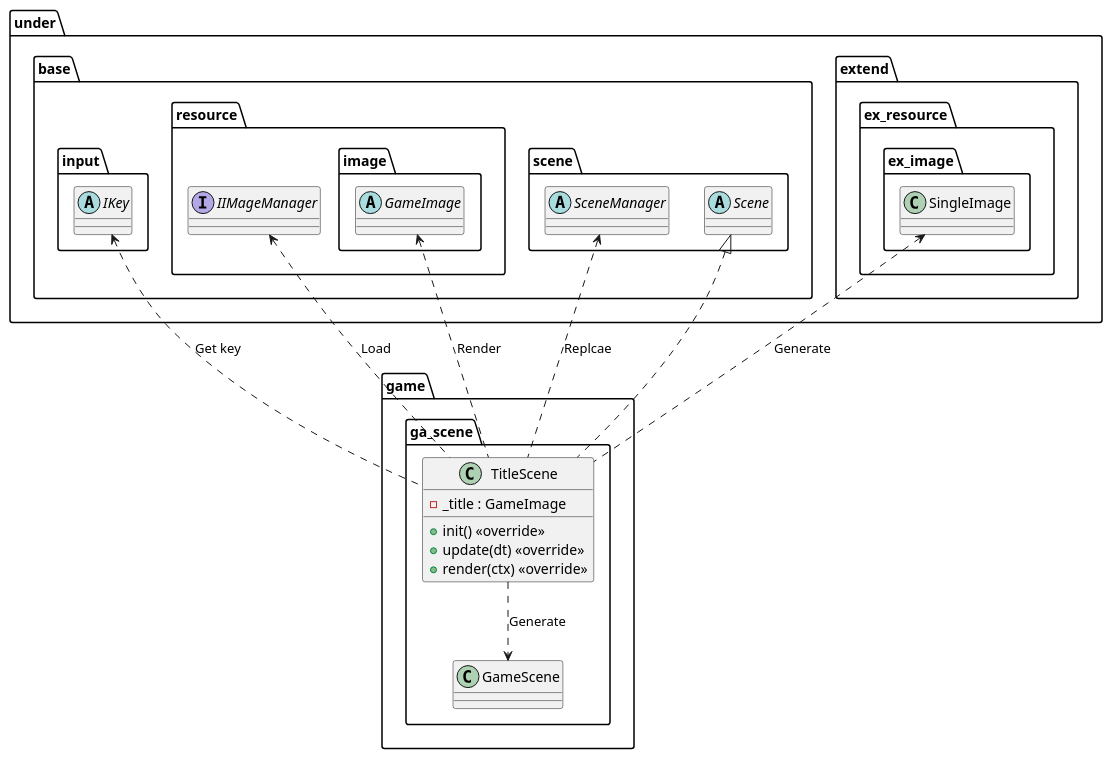
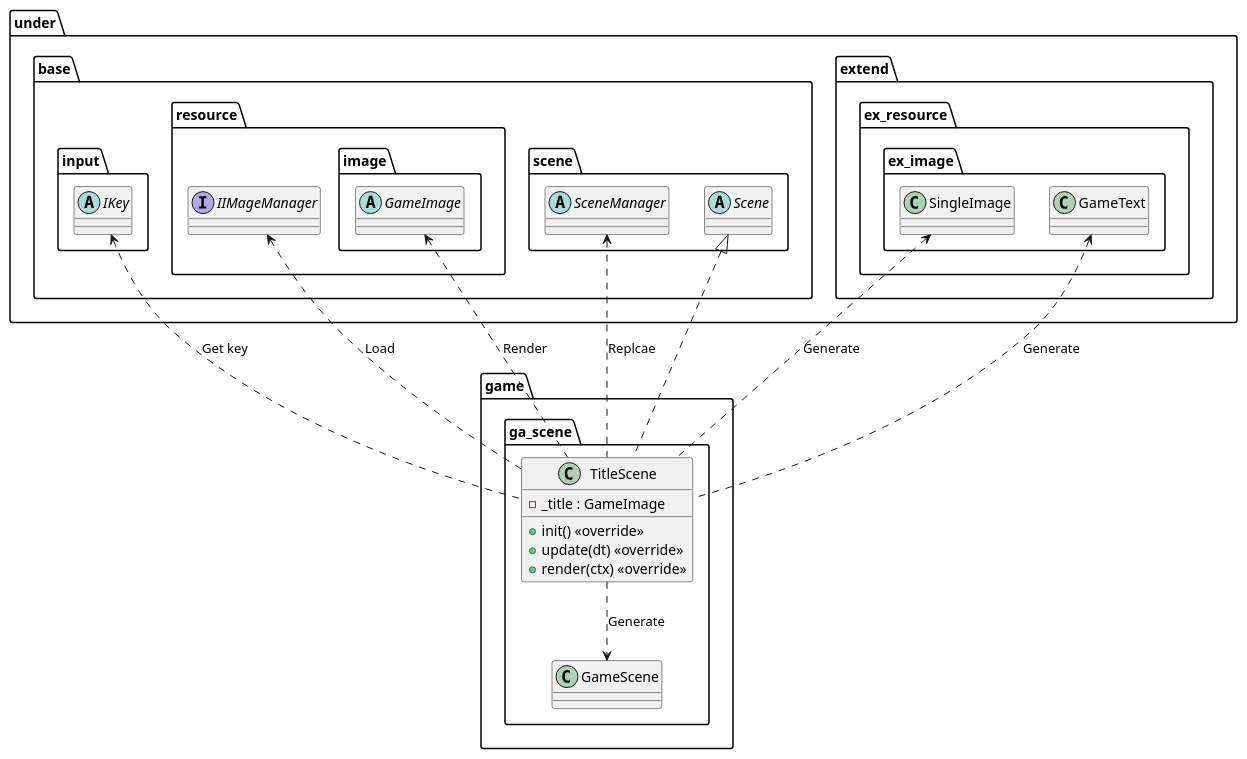
One commit to Expine/Under changed the diagram in uml/scene/Title.wsd. Above: the diagram before and after it, drawn with PlantUML. The commit also changed 12 other files, not shown here.

```diff
--- a/uml/scene/Title.wsd
+++ b/uml/scene/Title.wsd
@@ -1,55 +1,57 @@
 @startuml SceneTitle
 
 package game {
     package ga_scene {
         class TitleScene {
             -_title : GameImage
             +init() <<override>>
             +update(dt) <<override>>
             +render(ctx) <<override>>
         }
     }
 }
 
 package under {
     package base {
         package input {
             abstract IKey
         }
         package resource {
             interface IIMageManager
             package image {
                 abstract GameImage
             }
         }
         package scene {
             abstract SceneManager
             abstract Scene
         }
     }
 
     package extend {
         package ex_resource {
             package ex_image {
                 class SingleImage
+                class GameText
             }
         }
     }
 }
 
 package game {
     package ga_scene {
         class GameScene
     }
 }
 
 SingleImage <..TitleScene : Generate
+GameText <.. TitleScene : Generate
 IIMageManager <.. TitleScene : Load
 IKey <.. TitleScene : Get key
 SceneManager <.. TitleScene : Replcae
 GameImage <.. TitleScene : Render
 TitleScene ..> GameScene : Generate
 
 Scene <|.. TitleScene
 
 @enduml
```
